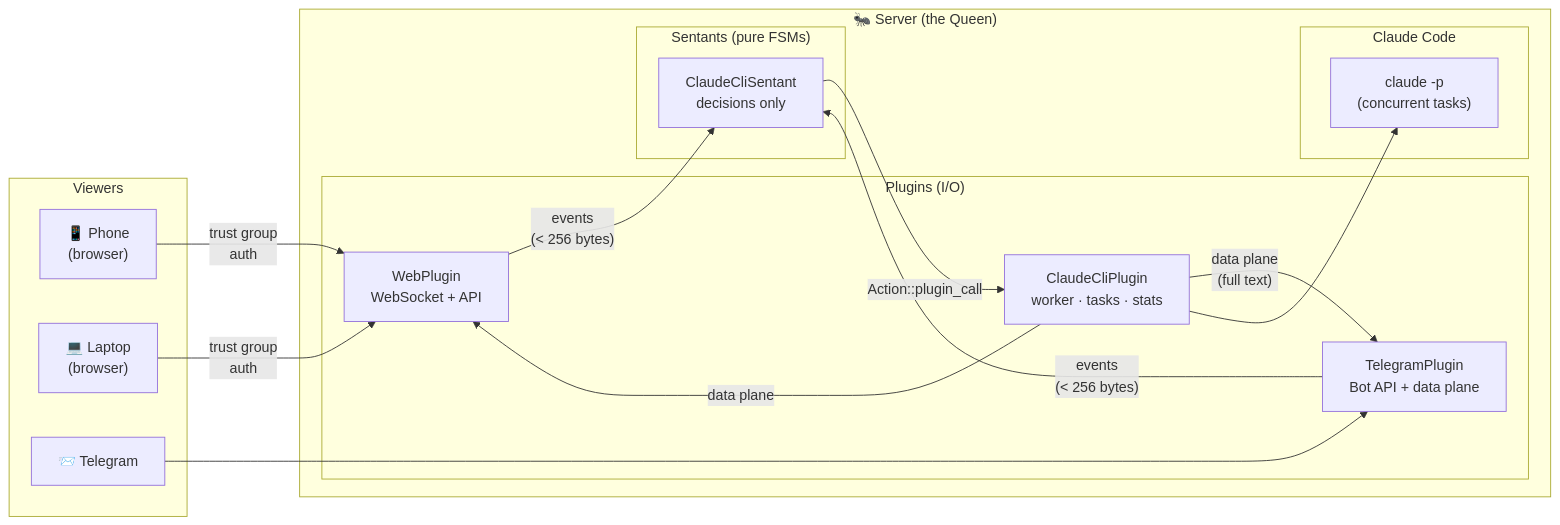
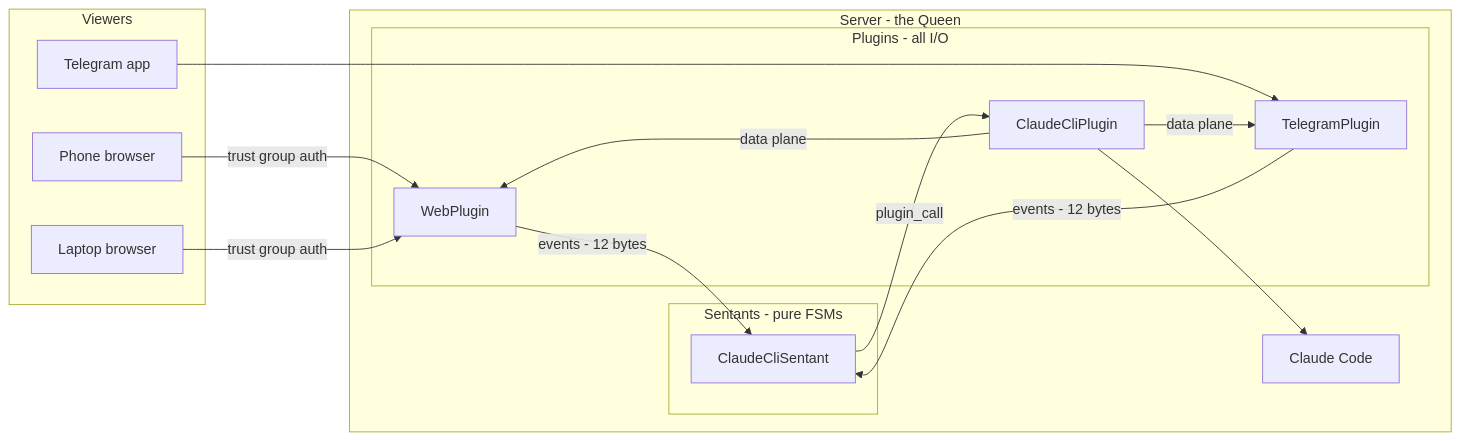
One commit to reality2-ai/anthill changed the diagram in README.md. Above: the diagram before and after it, drawn with Mermaid. The commit also changed 2 other files, not shown here.

Commit message:
fix: simplify mermaid diagrams — remove emojis and br tags
GitHub's mermaid renderer can choke on special characters in node
labels. Simplified all diagrams to plain text labels.

````diff
--- a/README.md
+++ b/README.md
@@ -48,32 +48,30 @@
 ```mermaid
 graph LR
     subgraph Viewers
-        Phone["📱 Phone<br/>(browser)"]
-        Laptop["💻 Laptop<br/>(browser)"]
-        TG["📨 Telegram"]
+        Phone[Phone browser]
+        Laptop[Laptop browser]
+        TG[Telegram app]
     end
 
-    subgraph Queen["🐜 Server (the Queen)"]
-        subgraph Plugins["Plugins (I/O)"]
-            WP["WebPlugin<br/>WebSocket + API"]
-            TP["TelegramPlugin<br/>Bot API + data plane"]
-            CP["ClaudeCliPlugin<br/>worker · tasks · stats"]
+    subgraph Server[Server - the Queen]
+        subgraph Plugins[Plugins - all I/O]
+            WP[WebPlugin]
+            TP[TelegramPlugin]
+            CP[ClaudeCliPlugin]
         end
-        subgraph Sentants["Sentants (pure FSMs)"]
-            CS["ClaudeCliSentant<br/>decisions only"]
+        subgraph FSMs[Sentants - pure FSMs]
+            CS[ClaudeCliSentant]
         end
-        subgraph Worker["Claude Code"]
-            CW["claude -p<br/>(concurrent tasks)"]
-        end
+        CW[Claude Code]
     end
 
-    Phone -- "trust group<br/>auth" --> WP
-    Laptop -- "trust group<br/>auth" --> WP
+    Phone -->|trust group auth| WP
+    Laptop -->|trust group auth| WP
     TG --> TP
-    WP -- "events<br/>(< 256 bytes)" --> CS
-    TP -- "events<br/>(< 256 bytes)" --> CS
-    CS -- "Action::plugin_call" --> CP
-    CP -- "data plane<br/>(full text)" --> TP
-    CP -- "data plane" --> WP
+    WP -->|events - 12 bytes| CS
+    TP -->|events - 12 bytes| CS
+    CS -->|plugin_call| CP
+    CP -->|data plane| TP
+    CP -->|data plane| WP
     CP --> CW
 ```
````
